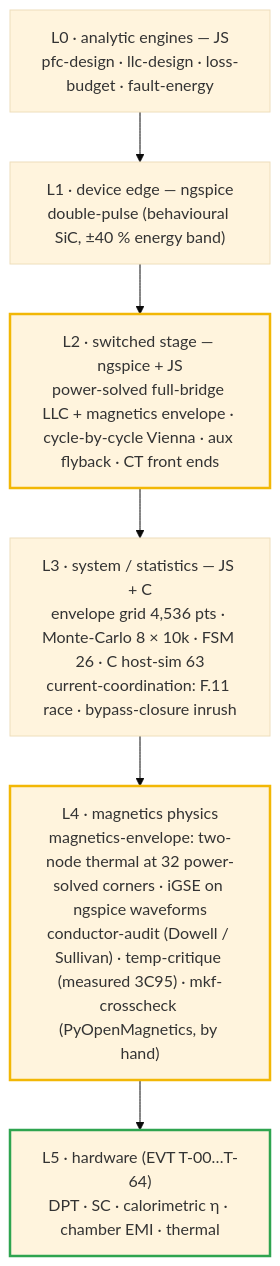
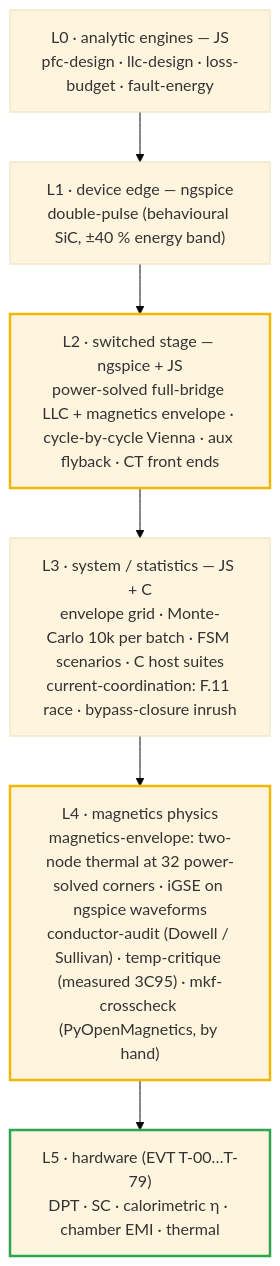
Before and after one commit to vectivolt/DC-Modules: the first of 2 diagrams in docs/simulation-toolchain.md, drawn with Mermaid (base theme). The commit also changed other lines of this file and 802 other files, not shown here.

````diff
--- a/docs/simulation-toolchain.md
+++ b/docs/simulation-toolchain.md
@@ -39,13 +37,13 @@
 ```mermaid
 flowchart TB
-  L5["L5 · hardware (EVT T-00…T-64)<br/>DPT · SC · calorimetric η · chamber EMI · thermal"]
+  L5["L5 · hardware (EVT T-00…T-79)<br/>DPT · SC · calorimetric η · chamber EMI · thermal"]
   L4["L4 · magnetics physics<br/>magnetics-envelope: two-node thermal at 32 power-solved corners · iGSE on ngspice waveforms<br/>conductor-audit (Dowell / Sullivan) · temp-critique (measured 3C95) · mkf-crosscheck (PyOpenMagnetics, by hand)"]
-  L3["L3 · system / statistics — JS + C<br/>envelope grid 4,536 pts · Monte-Carlo 8 × 10k · FSM 26 · C host-sim 63<br/>current-coordination: F.11 race · bypass-closure inrush"]
+  L3["L3 · system / statistics — JS + C<br/>envelope grid · Monte-Carlo 10k per batch · FSM scenarios · C host suites<br/>current-coordination: F.11 race · bypass-closure inrush"]
   L2["L2 · switched stage — ngspice + JS<br/>power-solved full-bridge LLC + magnetics envelope · cycle-by-cycle Vienna · aux flyback · CT front ends"]
   L1["L1 · device edge — ngspice<br/>double-pulse (behavioural SiC, ±40 % energy band)"]
   L0["L0 · analytic engines — JS<br/>pfc-design · llc-design · loss-budget · fault-energy"]
   L0 --> L1 --> L2 --> L3 --> L4 --> L5
   style L2 stroke:#f2b705,stroke-width:2.5px
   style L4 stroke:#f2b705,stroke-width:2.5px
   style L5 stroke:#2ea44f,stroke-width:2.5px
 ```
````
